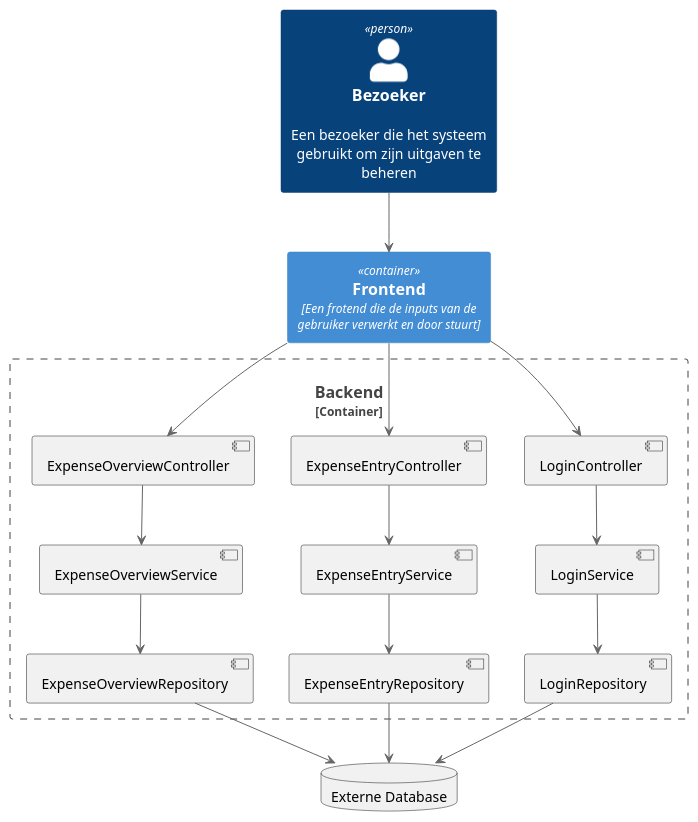
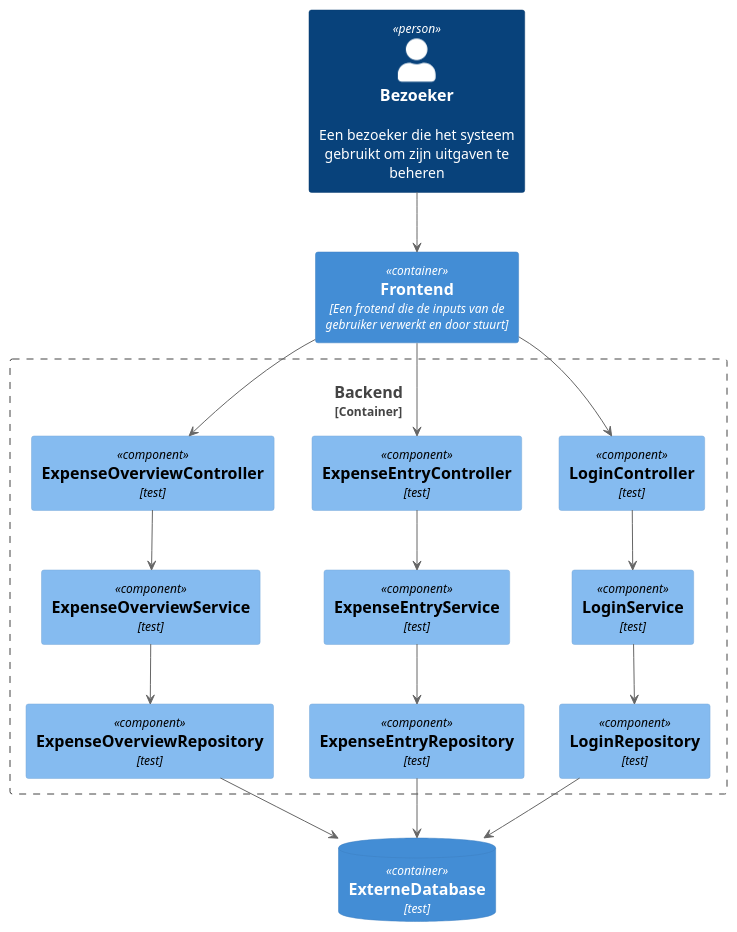
Before and after one commit to AIM-ENE-feb25/triptop-groep-b4: the diagram in C4_diagrammen/FSWD_component_diagram.puml, drawn with PlantUML.

Commit message:
mooier maken

```diff
--- a/C4_diagrammen/FSWD_component_diagram.puml
+++ b/C4_diagrammen/FSWD_component_diagram.puml
@@ -1,42 +1,44 @@
 @startuml
+!include https://raw.githubusercontent.com/plantuml-stdlib/C4-PlantUML/master/C4_Component.puml
 !include https://raw.githubusercontent.com/plantuml-stdlib/C4-PlantUML/master/C4_Container.puml
 
 
 Person(Bezoeker, "Bezoeker", "Een bezoeker die het systeem gebruikt om zijn uitgaven te beheren")
 Container(Frontend, "Frontend", "Een frotend die de inputs van de gebruiker verwerkt en door stuurt")
 
 Container_Boundary(ContainerBoundary, "Backend") {
-    Component "LoginController" as LoginController
-    Component "LoginService" as LoginService
-    Component "LoginRepository" as LoginRepository
 
-    Component "ExpenseEntryController" as ExpenseEntryController
-    Component "ExpenseEntryService" as ExpenseEntryService
-    Component "ExpenseEntryRepository" as ExpenseEntryRepository
+Component(LoginController, "LoginController", "test")
+Component(LoginService, "LoginService", "test")
+Component(LoginRepository, "LoginRepository", "test")
 
-    Component "ExpenseOverviewController" as ExpenseOverviewController
-    Component "ExpenseOverviewService" as ExpenseOverviewService
-    Component "ExpenseOverviewRepository" as ExpenseOverviewRepository
-}
+Component(ExpenseEntryController, "ExpenseEntryController", "test")
+Component(ExpenseEntryService, "ExpenseEntryService", "test")
+Component(ExpenseEntryRepository, "ExpenseEntryRepository", "test")
 
-Database "Externe Database" as ExterneDatabase
+Component(ExpenseOverviewController, "ExpenseOverviewController", "test")
+Component(ExpenseOverviewService, "ExpenseOverviewService", "test")
+Component(ExpenseOverviewRepository, "ExpenseOverviewRepository", "test")
+                                                  }
+
+ContainerDb(Externe_Database," ExterneDatabase","test")
 
 Bezoeker --> Frontend
 
 Frontend --> LoginController
 Frontend --> ExpenseEntryController
 Frontend --> ExpenseOverviewController
 
 LoginController --> LoginService
 LoginService --> LoginRepository
-LoginRepository --> ExterneDatabase
+LoginRepository --> Externe_Database
 
 ExpenseEntryController --> ExpenseEntryService
 ExpenseEntryService --> ExpenseEntryRepository
-ExpenseEntryRepository --> ExterneDatabase
+ExpenseEntryRepository --> Externe_Database
 
 ExpenseOverviewController --> ExpenseOverviewService
 ExpenseOverviewService --> ExpenseOverviewRepository
-ExpenseOverviewRepository --> ExterneDatabase
+ExpenseOverviewRepository --> Externe_Database
 
 @enduml
```
